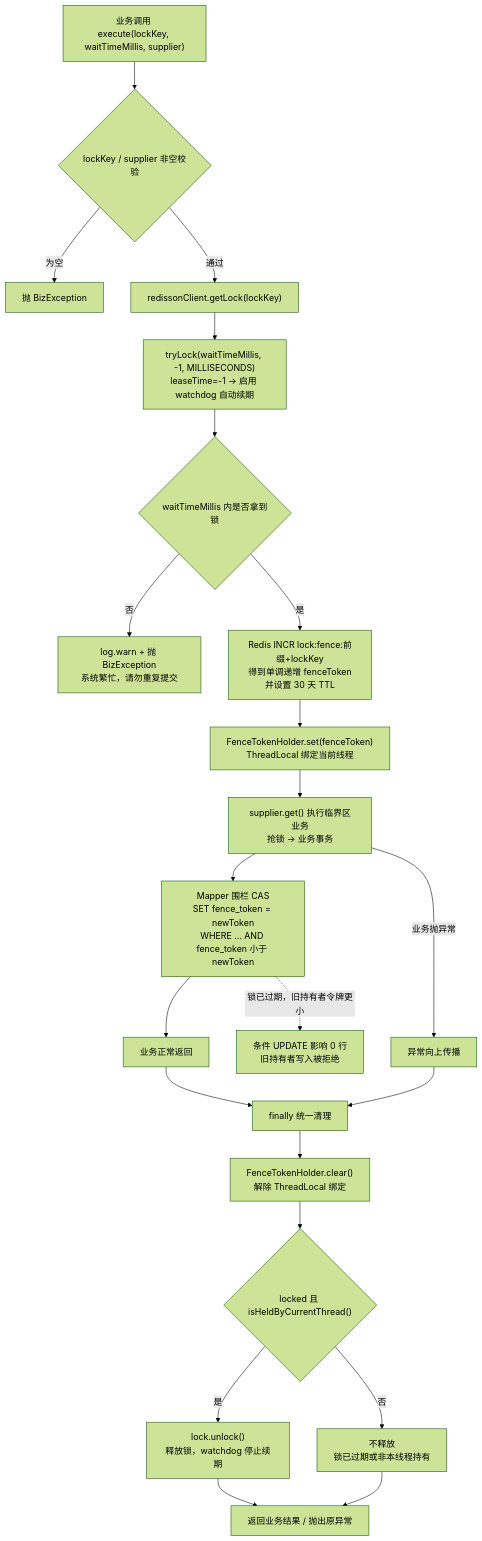
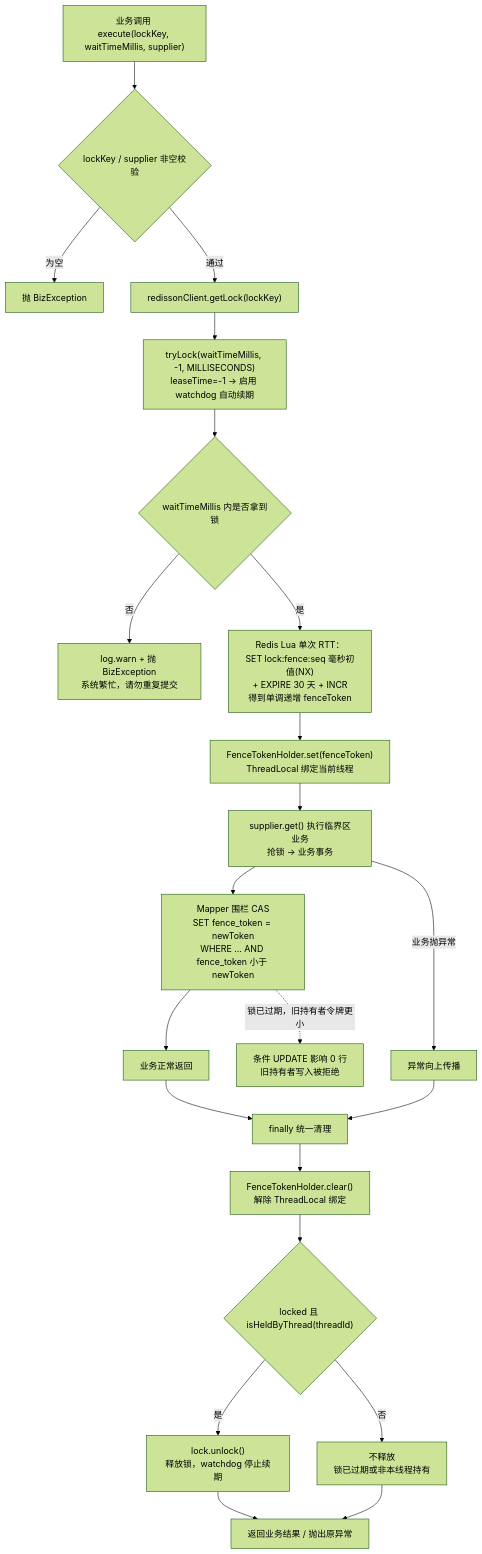
Before and after one commit to cpc-lib/mall: the eighth of 12 diagrams in README.md, drawn with Mermaid (forest theme). The commit also changed other lines of this file and 9 other files, not shown here.

````diff
--- a/README.md
+++ b/README.md
@@ -1609,24 +1610,24 @@
 ```mermaid
 flowchart TD
     A["业务调用 execute(lockKey, waitTimeMillis, supplier)"] --> B{"lockKey / supplier 非空校验"}
     B -->|"为空"| B1["抛 BizException"]
     B -->|"通过"| C["redissonClient.getLock(lockKey)"]
     C --> D["tryLock(waitTimeMillis, -1, MILLISECONDS)<br/>leaseTime=-1 → 启用 watchdog 自动续期"]
     D --> E{"waitTimeMillis 内是否拿到锁"}
     E -->|"否"| E1["log.warn + 抛 BizException<br/>系统繁忙，请勿重复提交"]
-    E -->|"是"| F["Redis INCR lock:fence:前缀+lockKey<br/>得到单调递增 fenceToken<br/>并设置 30 天 TTL"]
+    E -->|"是"| F["Redis Lua 单次 RTT：<br/>SET lock:fence:seq 毫秒初值(NX)<br/>+ EXPIRE 30 天 + INCR<br/>得到单调递增 fenceToken"]
     F --> G["FenceTokenHolder.set(fenceToken)<br/>ThreadLocal 绑定当前线程"]
     G --> H["supplier.get() 执行临界区业务<br/>抢锁 → 业务事务"]
     H --> H1["Mapper 围栏 CAS<br/>SET fence_token = newToken<br/>WHERE ... AND fence_token 小于 newToken"]
     H1 --> I["业务正常返回"]
     H1 -.->|"锁已过期，旧持有者令牌更小"| N1["条件 UPDATE 影响 0 行<br/>旧持有者写入被拒绝"]
     H -->|"业务抛异常"| J["异常向上传播"]
     I --> K["finally 统一清理"]
     J --> K
     K --> K1["FenceTokenHolder.clear()<br/>解除 ThreadLocal 绑定"]
-    K1 --> K2{"locked 且 isHeldByCurrentThread()"}
+    K1 --> K2{"locked 且 isHeldByThread(threadId)"}
     K2 -->|"是"| K3["lock.unlock()<br/>释放锁，watchdog 停止续期"]
     K2 -->|"否"| K4["不释放<br/>锁已过期或非本线程持有"]
     K3 --> L["返回业务结果 / 抛出原异常"]
     K4 --> L
 ```
````
